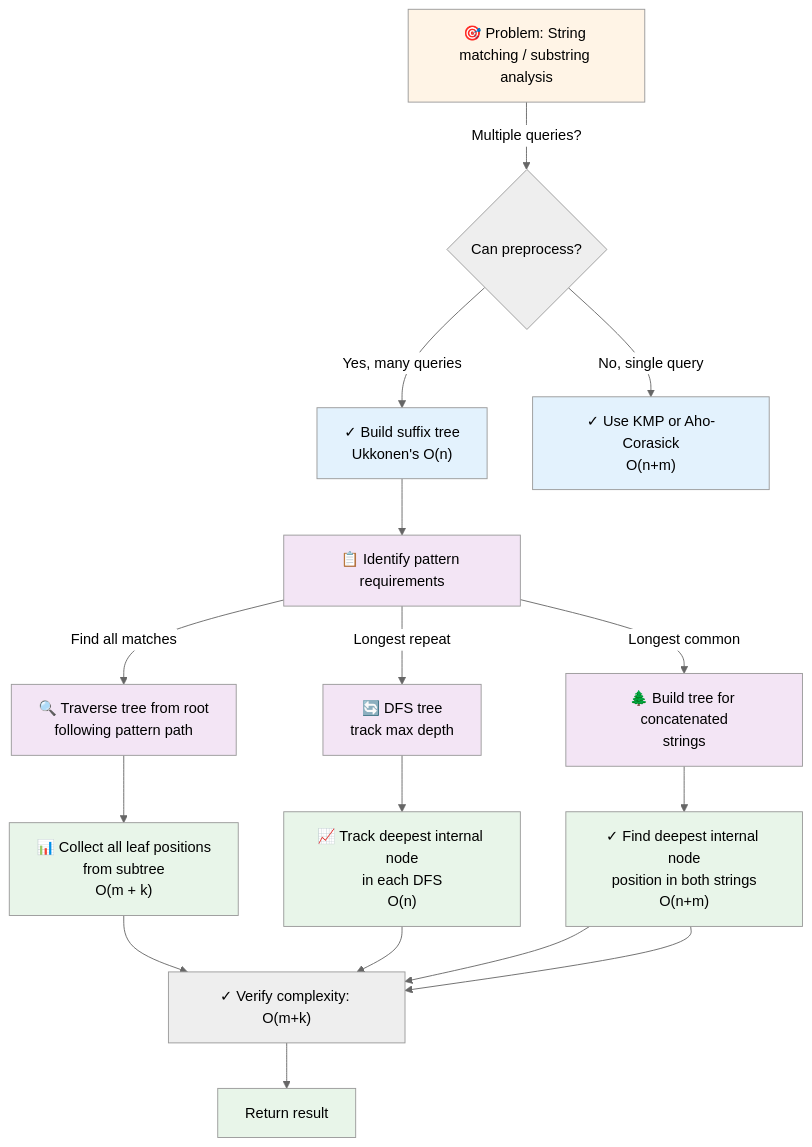
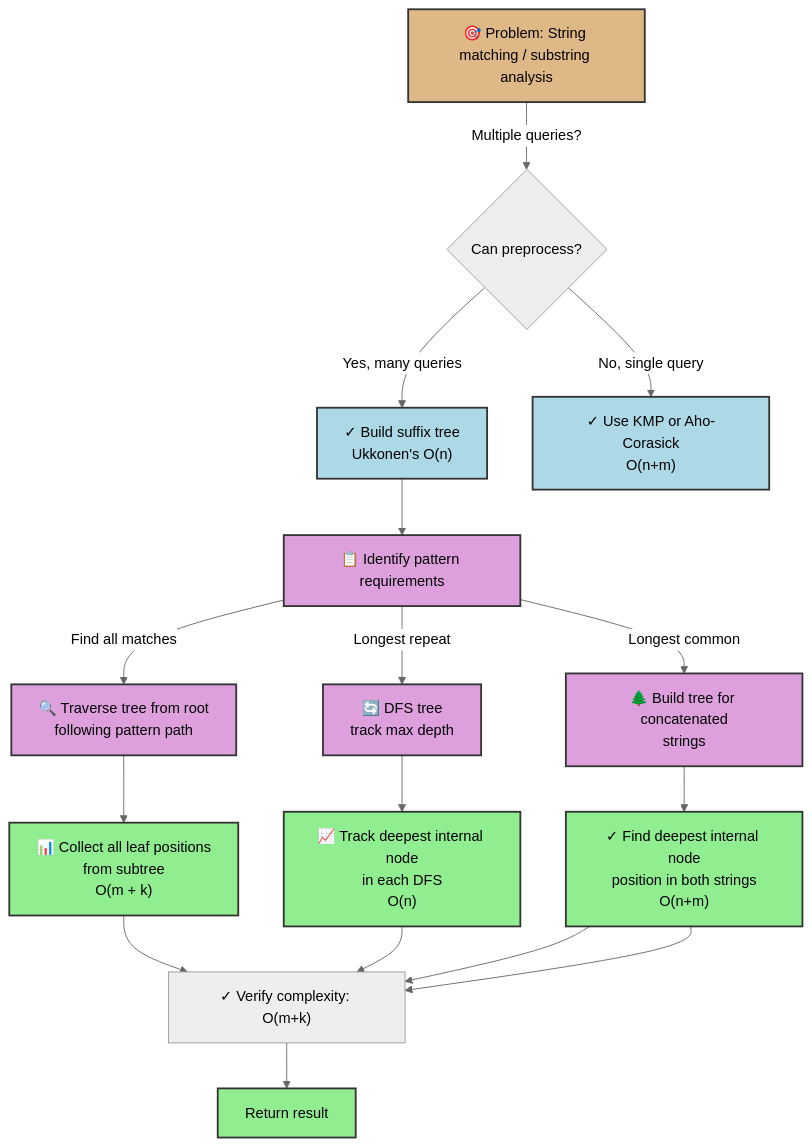
One commit to souradeepta/interviewprep changed the first of 4 diagrams in docs/advanced_ds/suffix_tree.md. Above: the diagram before and after it, drawn with Mermaid (neutral theme). The commit also changed other lines of this file and 31 other files, not shown here.

Commit message:
updated graphs

````diff
--- a/docs/advanced_ds/suffix_tree.md
+++ b/docs/advanced_ds/suffix_tree.md
@@ -87,30 +87,30 @@
 ```mermaid
 flowchart TD
     A["🎯 Problem: String matching / substring analysis"] -->|Multiple queries?| B{Can preprocess?}
     B -->|Yes, many queries| C["✓ Build suffix tree<br/>Ukkonen's O(n)"]
     B -->|No, single query| D["✓ Use KMP or Aho-Corasick<br/>O(n+m)"]
     C --> E["📋 Identify pattern requirements"]
     E -->|Find all matches| F["🔍 Traverse tree from root<br/>following pattern path"]
     E -->|Longest repeat| G["🔄 DFS tree<br/>track max depth"]
     E -->|Longest common| H["🌲 Build tree for concatenated<br/>strings"]
     F --> I["📊 Collect all leaf positions<br/>from subtree<br/>O(m + k)"]
     G --> J["📈 Track deepest internal node<br/>in each DFS<br/>O(n)"]
     H --> K["✓ Find deepest internal node<br/>position in both strings<br/>O(n+m)"]
     I --> L["✓ Verify complexity: O(m+k)"]
     J --> L
     K --> L
     L --> M["Return result"]
     
-    style A fill:#fff4e6
-    style C fill:#e3f2fd
-    style D fill:#e3f2fd
-    style E fill:#f3e5f5
-    style F fill:#f3e5f5
-    style G fill:#f3e5f5
-    style H fill:#f3e5f5
-    style I fill:#e8f5e9
-    style J fill:#e8f5e9
-    style K fill:#e8f5e9
-    style M fill:#e8f5e9
+    style A fill:#deb887,color:#000,stroke:#333,stroke-width:2px
+    style C fill:#add8e6,color:#000,stroke:#333,stroke-width:2px
+    style D fill:#add8e6,color:#000,stroke:#333,stroke-width:2px
+    style E fill:#dda0dd,color:#000,stroke:#333,stroke-width:2px
+    style F fill:#dda0dd,color:#000,stroke:#333,stroke-width:2px
+    style G fill:#dda0dd,color:#000,stroke:#333,stroke-width:2px
+    style H fill:#dda0dd,color:#000,stroke:#333,stroke-width:2px
+    style I fill:#90ee90,color:#000,stroke:#333,stroke-width:2px
+    style J fill:#90ee90,color:#000,stroke:#333,stroke-width:2px
+    style K fill:#90ee90,color:#000,stroke:#333,stroke-width:2px
+    style M fill:#90ee90,color:#000,stroke:#333,stroke-width:2px
     K --> L
 ```
````
